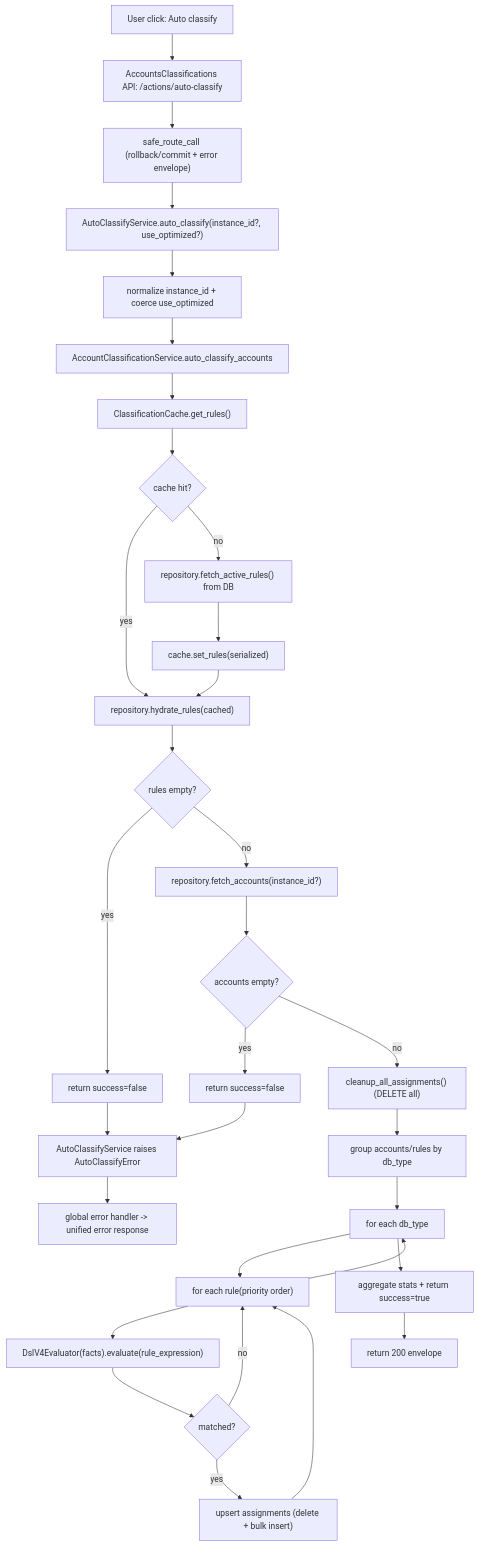
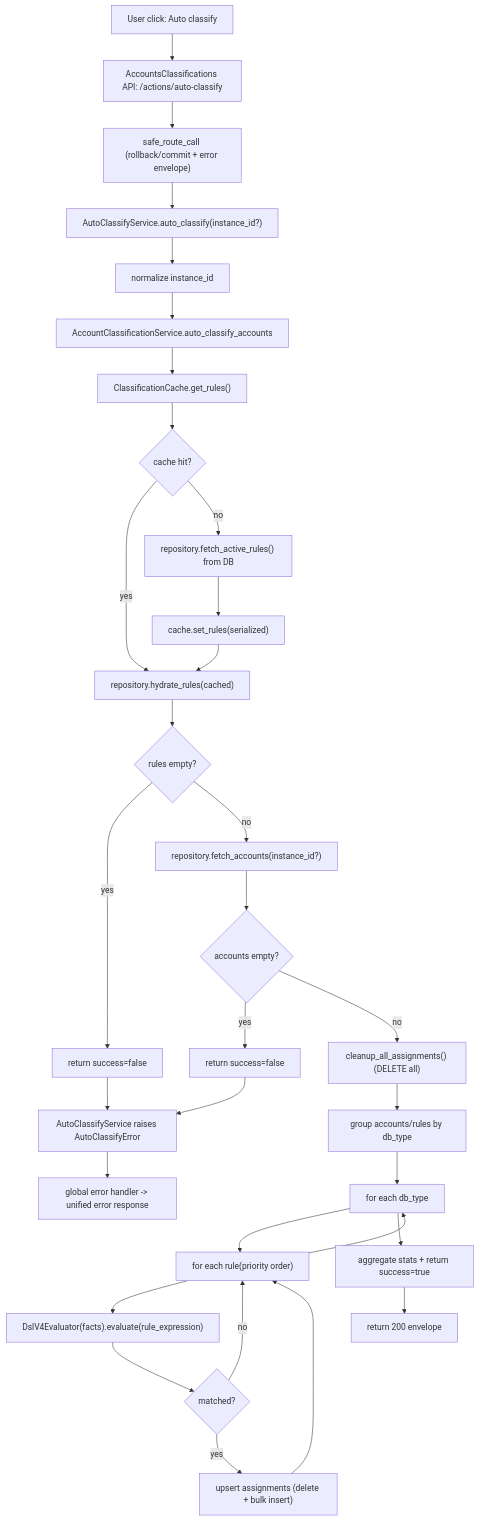
The third of 5 diagrams in docs/architecture/classification-domain.md (nyealovey/WhaleFall), drawn with Mermaid before and after one commit. The commit also changed other lines of this file and 46 other files, not shown here.

````diff
--- a/docs/architecture/classification-domain.md
+++ b/docs/architecture/classification-domain.md
@@ -157,40 +157,40 @@
 ```mermaid
 flowchart TD
   Start["User click: Auto classify"] --> API["AccountsClassifications API: /actions/auto-classify"]
   API --> Safe["safe_route_call (rollback/commit + error envelope)"]
-  Safe --> Svc["AutoClassifyService.auto_classify(instance_id?, use_optimized?)"]
-  Svc --> Normalize["normalize instance_id + coerce use_optimized"]
+  Safe --> Svc["AutoClassifyService.auto_classify(instance_id?)"]
+  Svc --> Normalize["normalize instance_id"]
   Normalize --> Orchestrator["AccountClassificationService.auto_classify_accounts"]
 
   Orchestrator --> CacheGet["ClassificationCache.get_rules()"]
   CacheGet --> Hit{"cache hit?"}
   Hit -->|yes| Hydrate["repository.hydrate_rules(cached)"]
   Hit -->|no| LoadDb["repository.fetch_active_rules() from DB"]
   LoadDb --> CacheSet["cache.set_rules(serialized)"]
   CacheSet --> Hydrate
 
   Hydrate --> RulesOk{"rules empty?"}
   RulesOk -->|yes| FailNoRules["return success=false"]
   RulesOk -->|no| FetchAcc["repository.fetch_accounts(instance_id?)"]
 
   FetchAcc --> AccOk{"accounts empty?"}
   AccOk -->|yes| FailNoAcc["return success=false"]
   AccOk -->|no| Cleanup["cleanup_all_assignments() (DELETE all)"]
 
   Cleanup --> Group["group accounts/rules by db_type"]
   Group --> LoopDb["for each db_type"]
   LoopDb --> LoopRule["for each rule(priority order)"]
   LoopRule --> Eval["DslV4Evaluator(facts).evaluate(rule_expression)"]
   Eval --> Match{"matched?"}
   Match -->|no| LoopRule
   Match -->|yes| Upsert["upsert assignments (delete + bulk insert)"]
   Upsert --> LoopRule
   LoopRule --> LoopDb
 
   LoopDb --> Done["aggregate stats + return success=true"]
   Done --> Resp["return 200 envelope"]
 
   FailNoRules --> Err["AutoClassifyService raises AutoClassifyError"]
   FailNoAcc --> Err
   Err --> RespErr["global error handler -> unified error response"]
 ```
````
